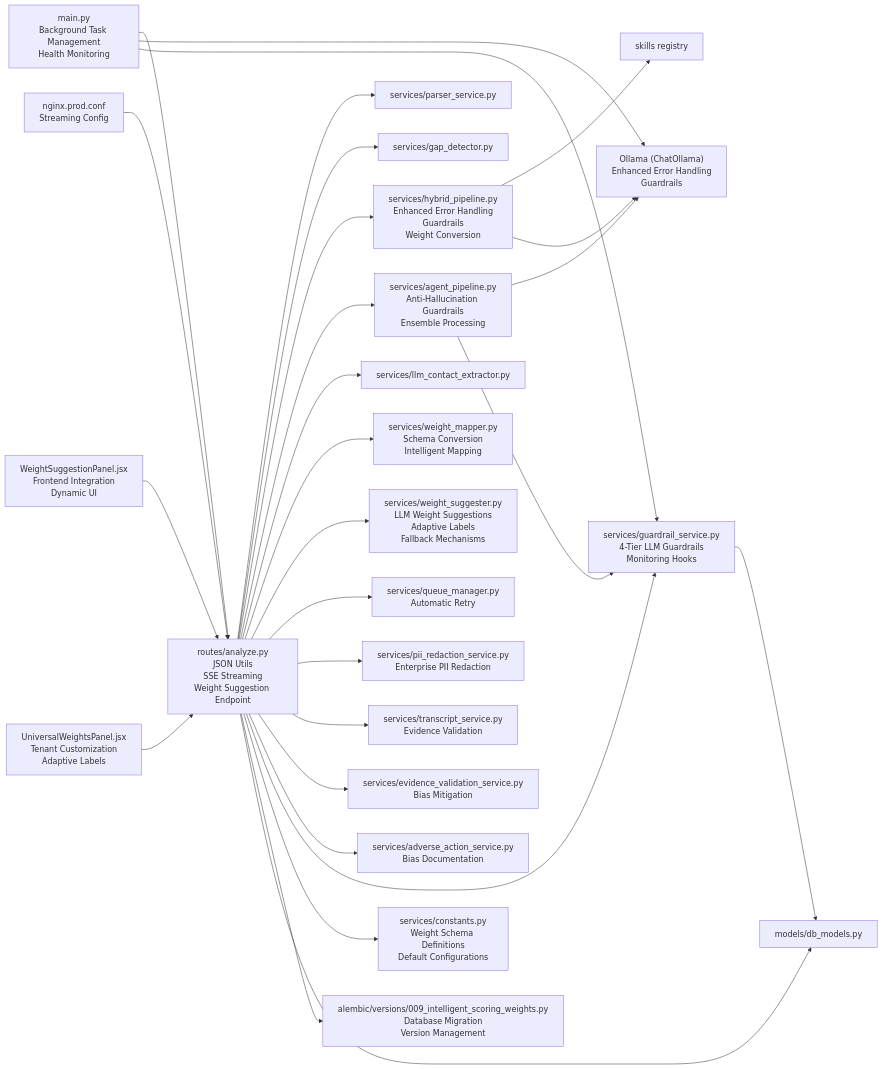
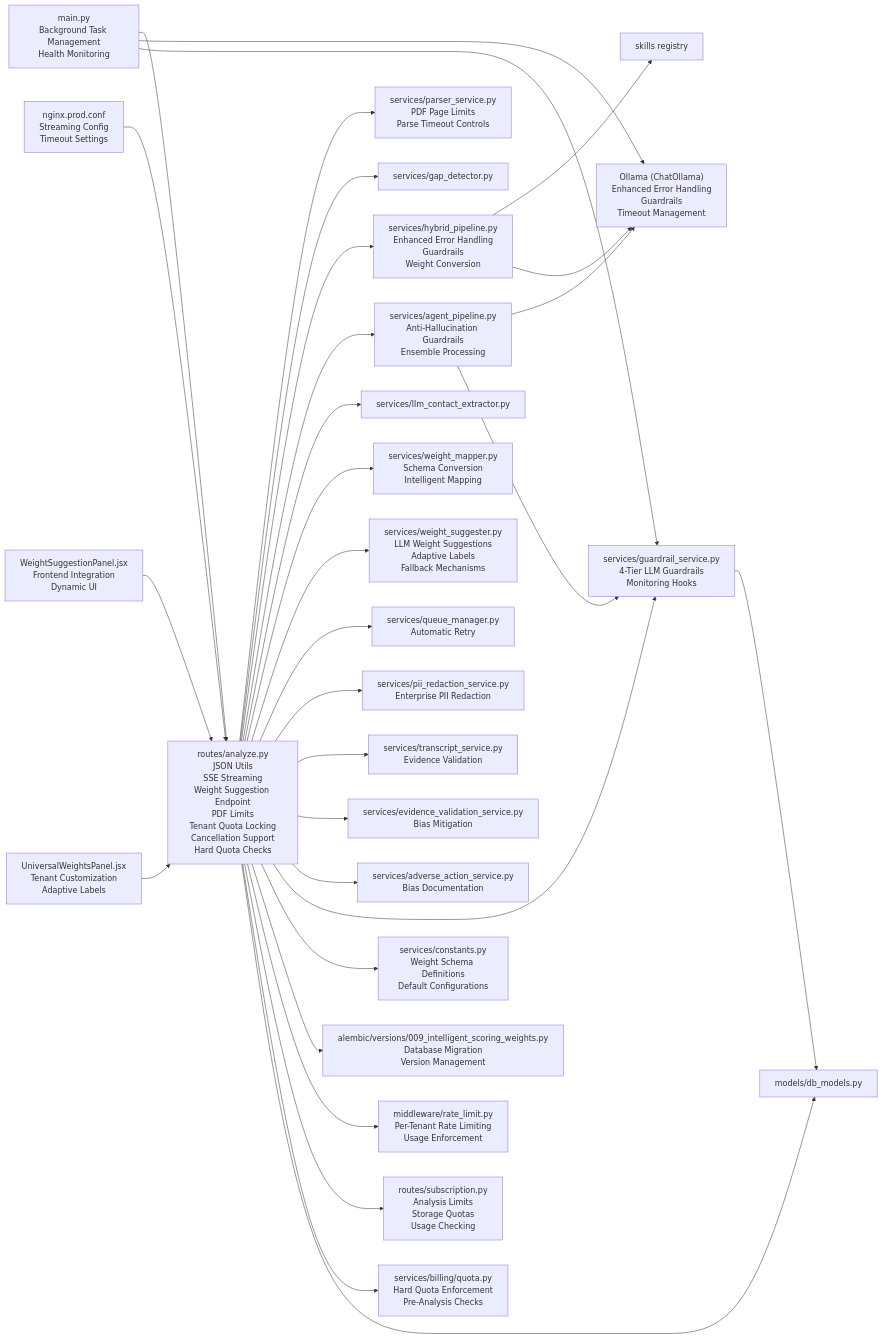
One commit to Revanththetalogics/aireume changed diagram 34 of 34 in .qoder/repowiki/en/content/Analysis Engine/Analysis Engine.md. Above: the diagram before and after it, drawn with Mermaid. The commit also changed other lines of this file and 15 other files, not shown here.

````diff
--- a/.qoder/repowiki/en/content/Analysis Engine/Analysis Engine.md
+++ b/.qoder/repowiki/en/content/Analysis Engine/Analysis Engine.md
@@ -1614,30 +1850,33 @@
 ```mermaid
 graph LR
-Route["routes/analyze.py<br/>JSON Utils<br/>SSE Streaming<br/>Weight Suggestion Endpoint"] --> Parser["services/parser_service.py"]
+Route["routes/analyze.py<br/>JSON Utils<br/>SSE Streaming<br/>Weight Suggestion Endpoint<br/>PDF Limits<br/>Tenant Quota Locking<br/>Cancellation Support<br/>Hard Quota Checks"] --> Parser["services/parser_service.py<br/>PDF Page Limits<br/>Parse Timeout Controls"]
 Route --> Gap["services/gap_detector.py"]
 Route --> Hybrid["services/hybrid_pipeline.py<br/>Enhanced Error Handling<br/>Guardrails<br/>Weight Conversion"]
 Route --> Agent["services/agent_pipeline.py<br/>Anti-Hallucination Guardrails<br/>Ensemble Processing"]
 Route --> Contact["services/llm_contact_extractor.py"]
 Route --> WeightMapper["services/weight_mapper.py<br/>Schema Conversion<br/>Intelligent Mapping"]
 Route --> WeightSuggester["services/weight_suggester.py<br/>LLM Weight Suggestions<br/>Adaptive Labels<br/>Fallback Mechanisms"]
 Route --> QueueManager["services/queue_manager.py<br/>Automatic Retry"]
 Route --> PII["services/pii_redaction_service.py<br/>Enterprise PII Redaction"]
 Route --> Transcript["services/transcript_service.py<br/>Evidence Validation"]
 Route --> Evidence["services/evidence_validation_service.py<br/>Bias Mitigation"]
 Route --> Adverse["services/adverse_action_service.py<br/>Bias Documentation"]
 Route --> Guardrail["services/guardrail_service.py<br/>4-Tier LLM Guardrails<br/>Monitoring Hooks"]
 Route --> Constants["services/constants.py<br/>Weight Schema Definitions<br/>Default Configurations"]
 Route --> Migration["alembic/versions/009_intelligent_scoring_weights.py<br/>Database Migration<br/>Version Management"]
+Route --> RateLimit["middleware/rate_limit.py<br/>Per-Tenant Rate Limiting<br/>Usage Enforcement"]
+Route --> Subscription["routes/subscription.py<br/>Analysis Limits<br/>Storage Quotas<br/>Usage Checking"]
+Route --> Quota["services/billing/quota.py<br/>Hard Quota Enforcement<br/>Pre-Analysis Checks"]
 Hybrid --> Skills["skills registry"]
-Hybrid --> Ollama["Ollama (ChatOllama)<br/>Enhanced Error Handling<br/>Guardrails"]
+Hybrid --> Ollama["Ollama (ChatOllama)<br/>Enhanced Error Handling<br/>Guardrails<br/>Timeout Management"]
 Agent --> Ollama
 Agent --> Guardrail
 Guardrail --> Models["models/db_models.py"]
 Route --> Models
 Main["main.py<br/>Background Task Management<br/>Health Monitoring"] --> Route
 Main --> Ollama
 Main --> Guardrail
-Nginx["nginx.prod.conf<br/>Streaming Config"] --> Route
+Nginx["nginx.prod.conf<br/>Streaming Config<br/>Timeout Settings"] --> Route
 WeightPanel["WeightSuggestionPanel.jsx<br/>Frontend Integration<br/>Dynamic UI"] --> Route
 UniversalPanel["UniversalWeightsPanel.jsx<br/>Tenant Customization<br/>Adaptive Labels"] --> Route
 ```
````
